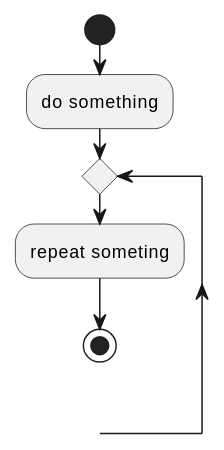
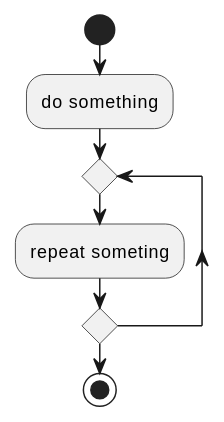
The diagram in design/activity_diagram_HJ.md (programming-formalisms/programming_formalisms_project_autumn_2023), drawn with PlantUML before and after one commit.

```diff
--- a/design/activity_diagram_HJ.md
+++ b/design/activity_diagram_HJ.md
@@ -2,10 +2,10 @@
 @startuml
 start
 
 :do something;
 repeat
     :repeat someting;
-    
+repeat while
 
 stop
 @enduml
```
